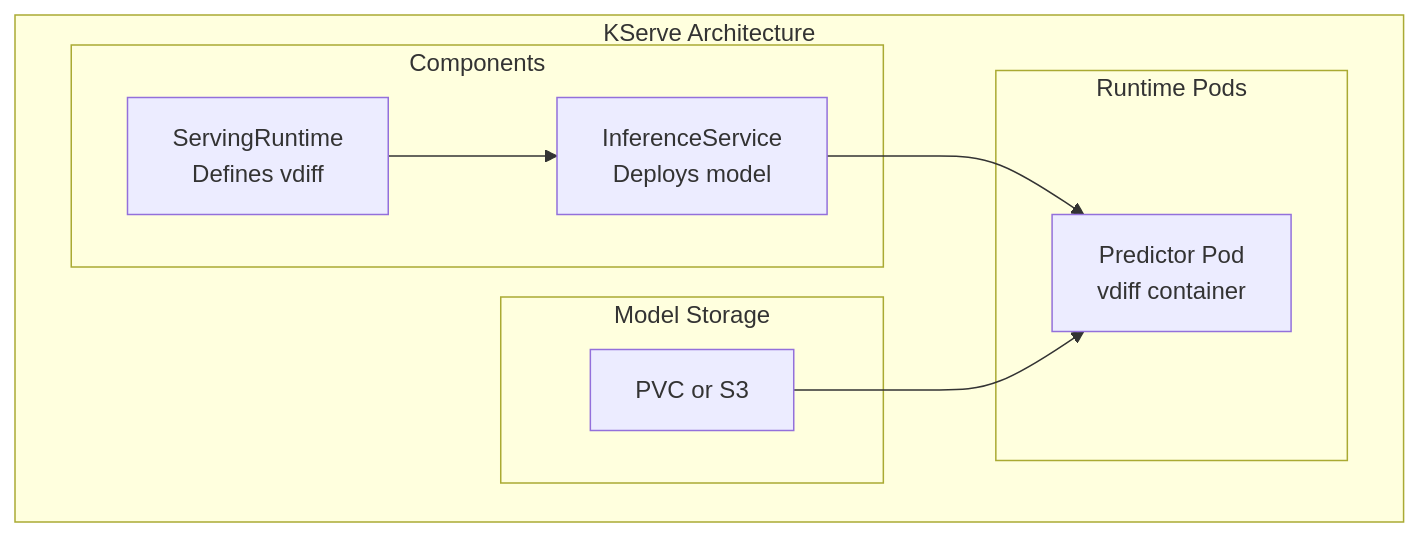
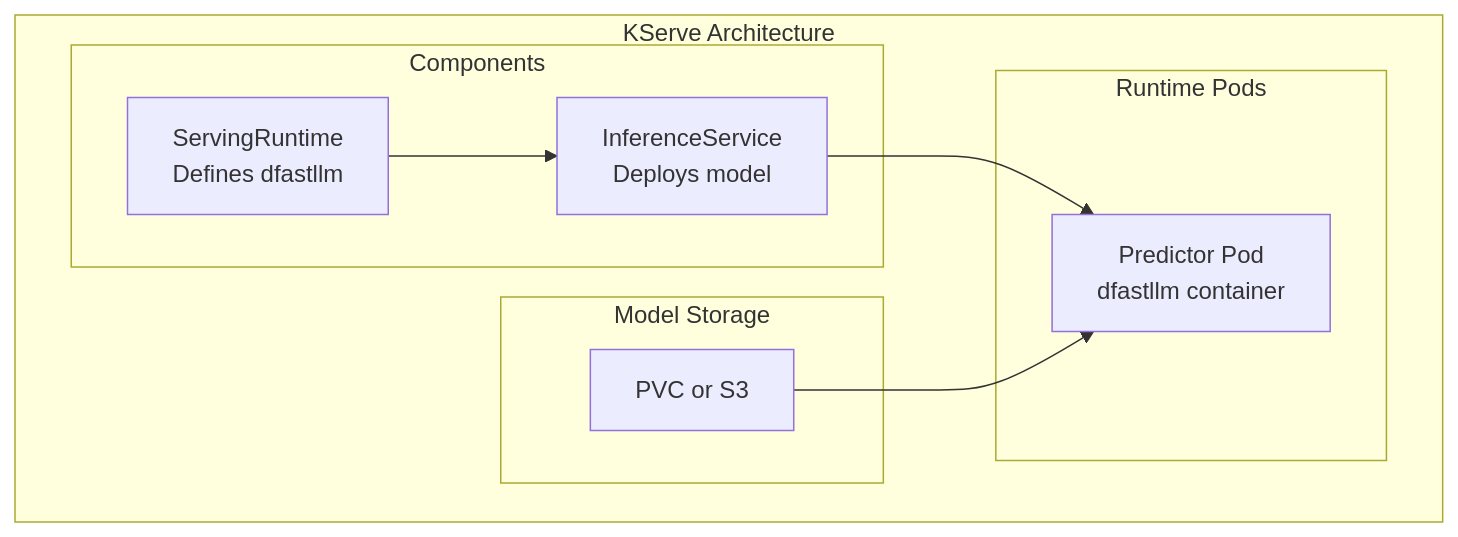
Before and after one commit to mwaykole/vdiff: the seventh of 12 diagrams in docs/dev-doc/09-deployment.md, drawn with Mermaid. The commit also changed other lines of this file and 53 other files, not shown here.

First line of the commit message:
refactor: Rename all vdiff references to dfastllm

````diff
--- a/docs/dev-doc/09-deployment.md
+++ b/docs/dev-doc/09-deployment.md
@@ -291,21 +291,21 @@
 ```mermaid
 flowchart TB
     subgraph KServe["KServe Architecture"]
         subgraph Components["Components"]
-            RT["ServingRuntime<br/>Defines vdiff"]
+            RT["ServingRuntime<br/>Defines dfastllm"]
             IS["InferenceService<br/>Deploys model"]
         end
         
         subgraph Runtime["Runtime Pods"]
-            PRED["Predictor Pod<br/>vdiff container"]
+            PRED["Predictor Pod<br/>dfastllm container"]
         end
         
         subgraph Storage["Model Storage"]
             PVC["PVC or S3"]
         end
     end
     
     RT --> IS
     IS --> PRED
     PVC --> PRED
 ```
````
